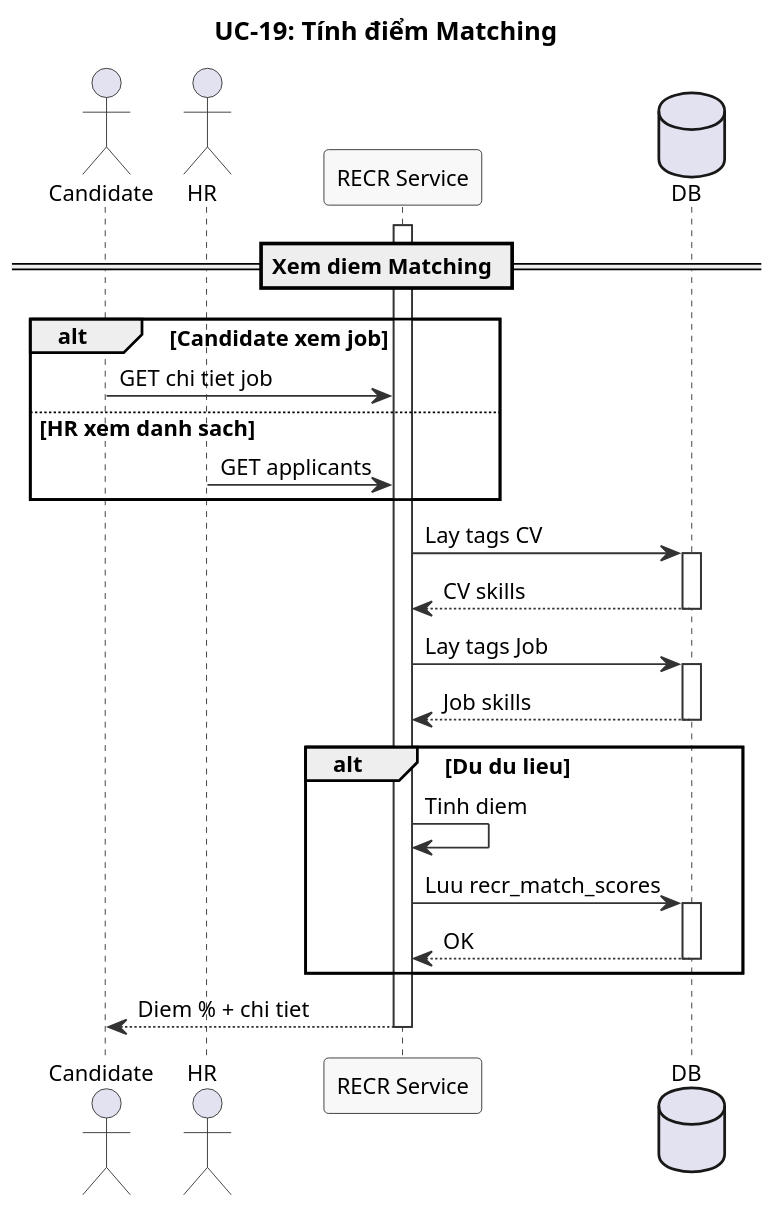
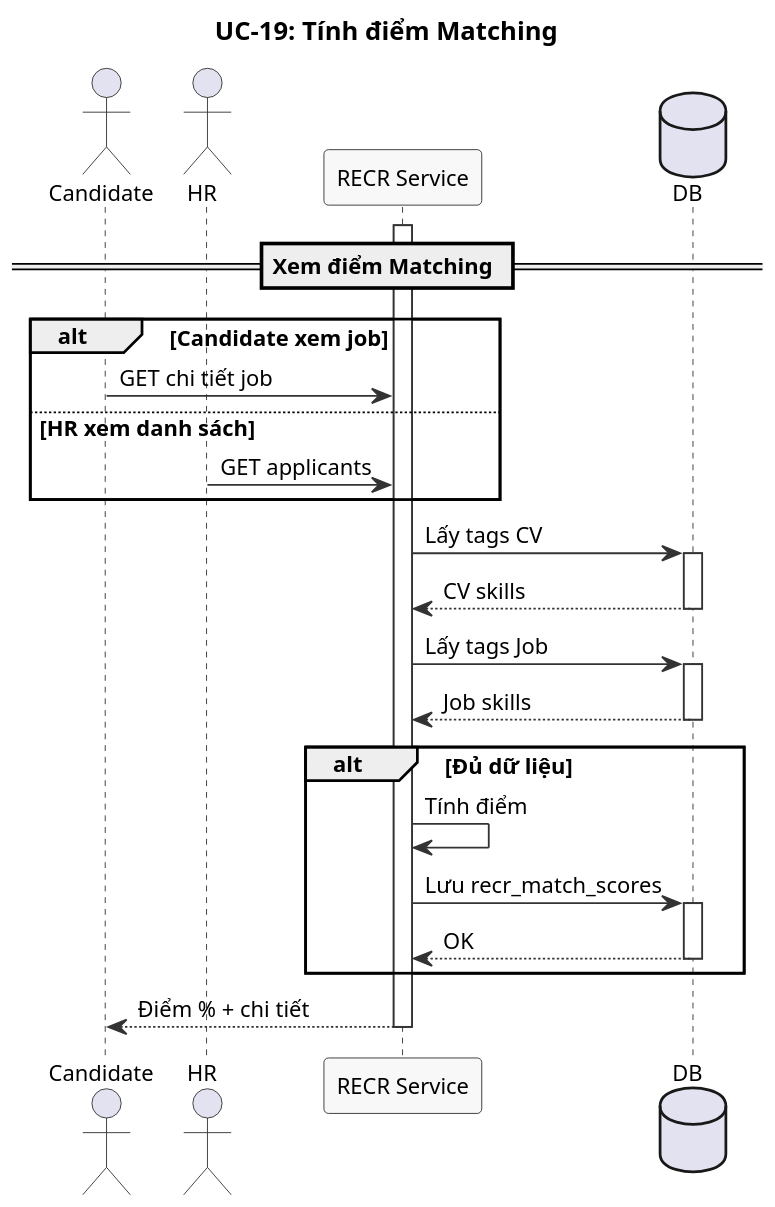
The diagram in modules/recr/diagrams/sequence/uc19-matching-score-sequence.puml (namnh240795/document), drawn with PlantUML before and after one commit. The commit also changed 25 other files, not shown here.

```diff
--- a/modules/recr/diagrams/sequence/uc19-matching-score-sequence.puml
+++ b/modules/recr/diagrams/sequence/uc19-matching-score-sequence.puml
@@ -1,52 +1,52 @@
 @startuml
 ' UC-19: Tính điểm Matching - Sơ đồ Chuỗi
 skinparam dpi 150
 skinparam defaultFontSize 12
 skinparam nodesep 15
 skinparam ranksep 15
 skinparam sequence {
   ArrowColor #333333
   ActorBorderColor #333333
   LifeLineBorderColor #333333
   ParticipantBackgroundColor #F8F8F8
   ParticipantBorderColor #333333
 }
 
 title UC-19: Tính điểm Matching
 
 actor "Candidate" as C
 actor "HR" as HR
 participant "RECR Service" as R
 database "DB" as DB
 
-== Xem diem Matching ==
+== Xem điểm Matching ==
 
 alt Candidate xem job
-  C -> R : GET chi tiet job
-else HR xem danh sach
+  C -> R : GET chi tiết job
+else HR xem danh sách
   HR -> R : GET applicants
 end
 activate R
 
-R -> DB : Lay tags CV
+R -> DB : Lấy tags CV
 activate DB
 DB --> R : CV skills
 deactivate DB
 
-R -> DB : Lay tags Job
+R -> DB : Lấy tags Job
 activate DB
 DB --> R : Job skills
 deactivate DB
 
-alt Du du lieu
-  R -> R : Tinh diem
-  R -> DB : Luu recr_match_scores
+alt Đủ dữ liệu
+  R -> R : Tính điểm
+  R -> DB : Lưu recr_match_scores
   activate DB
   DB --> R : OK
   deactivate DB
 end
 
-R --> C : Diem % + chi tiet
+R --> C : Điểm % + chi tiết
 deactivate R
 
 @enduml
```
